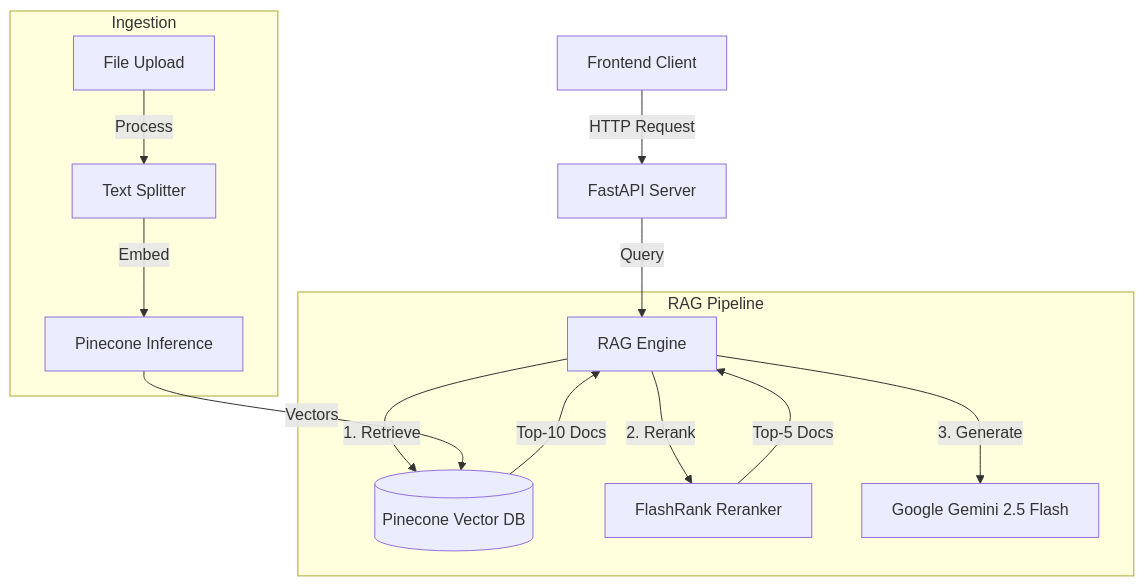
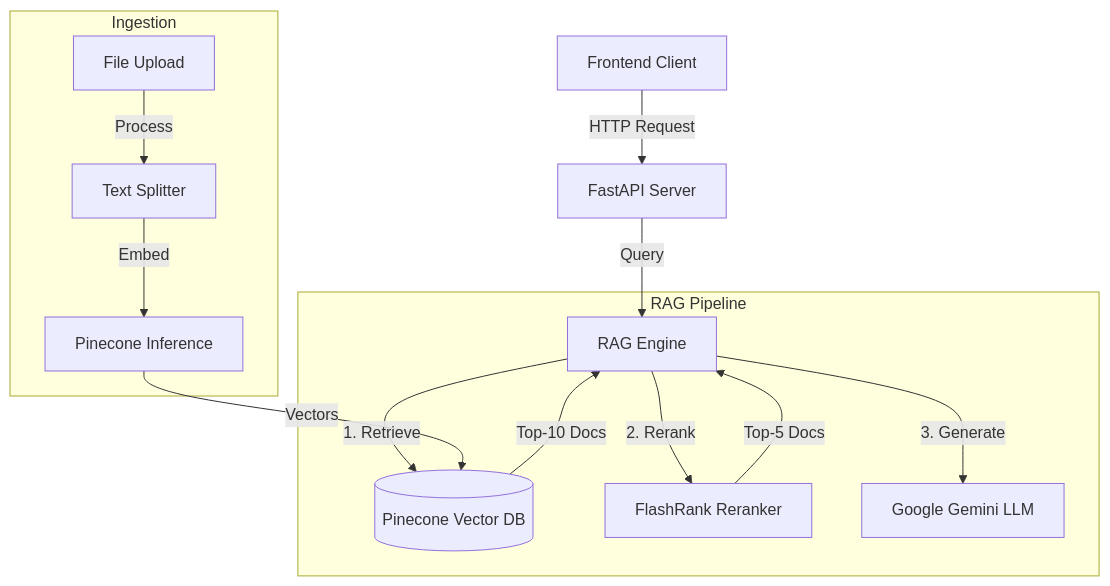
The diagram in RagBackend/README.md (DJ-InfinityCoder/RAG), drawn with Mermaid before and after one commit. The commit also changed other lines of this file and 6 other files, not shown here.

````diff
--- a/RagBackend/README.md
+++ b/RagBackend/README.md
@@ -9,19 +9,19 @@
 ```mermaid
 graph TD
     Client[Frontend Client] -->|HTTP Request| API[FastAPI Server]
     API -->|Query| RAG[RAG Engine]
     
     subgraph "RAG Pipeline"
         RAG -->|1. Retrieve| Pinecone[(Pinecone Vector DB)]
         Pinecone -->|Top-10 Docs| RAG
         RAG -->|2. Rerank| FlashRank[FlashRank Reranker]
         FlashRank -->|Top-5 Docs| RAG
-        RAG -->|3. Generate| Gemini[Google Gemini 2.5 Flash]
+        RAG -->|3. Generate| Gemini[Google Gemini LLM]
     end
     
     subgraph "Ingestion"
         Upload[File Upload] -->|Process| Splitter[Text Splitter]
         Splitter -->|Embed| EmbedModel[Pinecone Inference]
         EmbedModel -->|Vectors| Pinecone
     end
 ```
````
